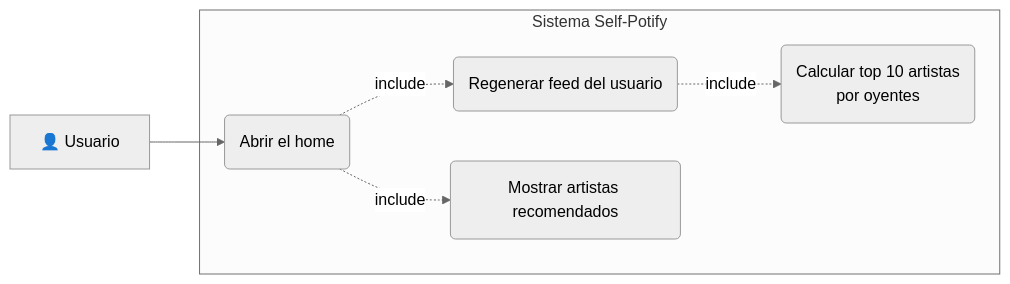
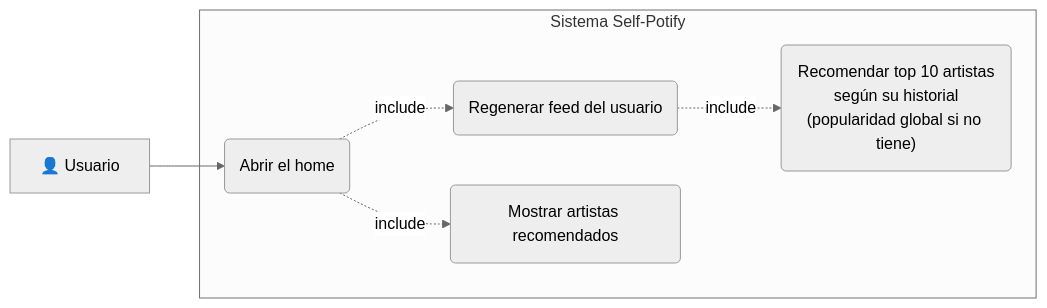
Diagram 16 of 17 in README.md (conguchu/selfpotify), drawn with Mermaid (neutral theme) before and after one commit. The commit also changed other lines of this file and 1 other file, not shown here.

````diff
--- a/README.md
+++ b/README.md
@@ -524,16 +570,16 @@
 ```mermaid
 graph LR
     User["👤 Usuario"]
 
     subgraph Sistema Self-Potify
         UC9("Abrir el home")
         UC9a("Regenerar feed del usuario")
-        UC9b("Calcular top 10 artistas<br/>por oyentes")
+        UC9b("Recomendar top 10 artistas<br/>según su historial<br/>(popularidad global si no tiene)")
         UC9c("Mostrar artistas recomendados")
     end
 
     User --> UC9
     UC9 -.->|include| UC9a
     UC9a -.->|include| UC9b
     UC9 -.->|include| UC9c
 ```
````
